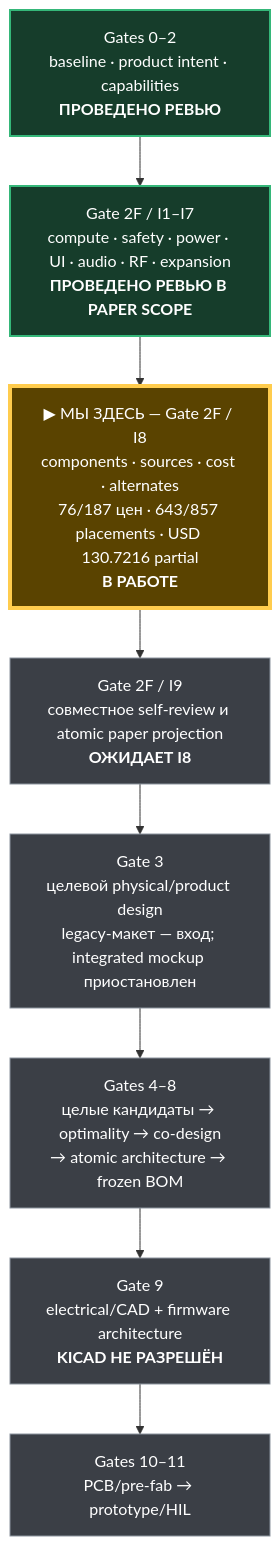
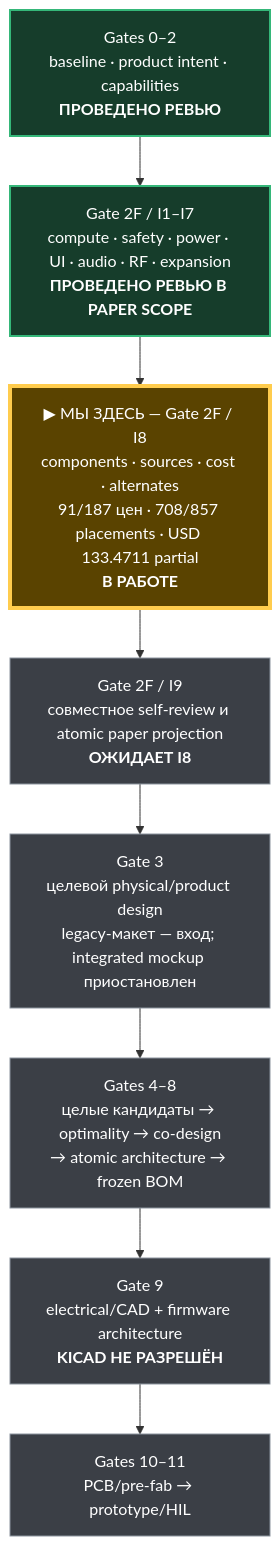
One commit to anton-vinogradov/esp32-leshy2 changed the diagram in docs/review/stages.md. Above: the diagram before and after it, drawn with Mermaid. The commit also changed other lines of this file and 26 other files, not shown here.

````diff
--- a/docs/review/stages.md
+++ b/docs/review/stages.md
@@ -15,20 +15,20 @@
 ```mermaid
 flowchart TD
   G02["Gates 0–2<br/>baseline · product intent · capabilities<br/><b>ПРОВЕДЕНО РЕВЬЮ</b>"]
   I17["Gate 2F / I1–I7<br/>compute · safety · power · UI · audio · RF · expansion<br/><b>ПРОВЕДЕНО РЕВЬЮ В PAPER SCOPE</b>"]
-  I8["▶ МЫ ЗДЕСЬ — Gate 2F / I8<br/>components · sources · cost · alternates<br/>76/187 цен · 643/857 placements · USD 130.7216 partial<br/><b>В РАБОТЕ</b>"]
+  I8["▶ МЫ ЗДЕСЬ — Gate 2F / I8<br/>components · sources · cost · alternates<br/>91/187 цен · 708/857 placements · USD 133.4711 partial<br/><b>В РАБОТЕ</b>"]
   I9["Gate 2F / I9<br/>совместное self-review и atomic paper projection<br/><b>ОЖИДАЕТ I8</b>"]
   G3["Gate 3<br/>целевой physical/product design<br/>legacy-макет — вход; integrated mockup приостановлен"]
   G48["Gates 4–8<br/>целые кандидаты → optimality → co-design<br/>→ atomic architecture → frozen BOM"]
   G9["Gate 9<br/>electrical/CAD + firmware architecture<br/><b>KICAD НЕ РАЗРЕШЁН</b>"]
   G1011["Gates 10–11<br/>PCB/pre-fab → prototype/HIL"]
 
   G02 --> I17 --> I8 --> I9 --> G3 --> G48 --> G9 --> G1011
 
   classDef reviewed fill:#163d2b,stroke:#35b779,color:#ffffff,stroke-width:2px;
   classDef current fill:#5a4300,stroke:#ffcc4d,color:#ffffff,stroke-width:4px;
   classDef blocked fill:#3b3f46,stroke:#8b949e,color:#ffffff,stroke-width:1px;
   class G02,I17 reviewed;
   class I8 current;
   class I9,G3,G48,G9,G1011 blocked;
 ```
````
